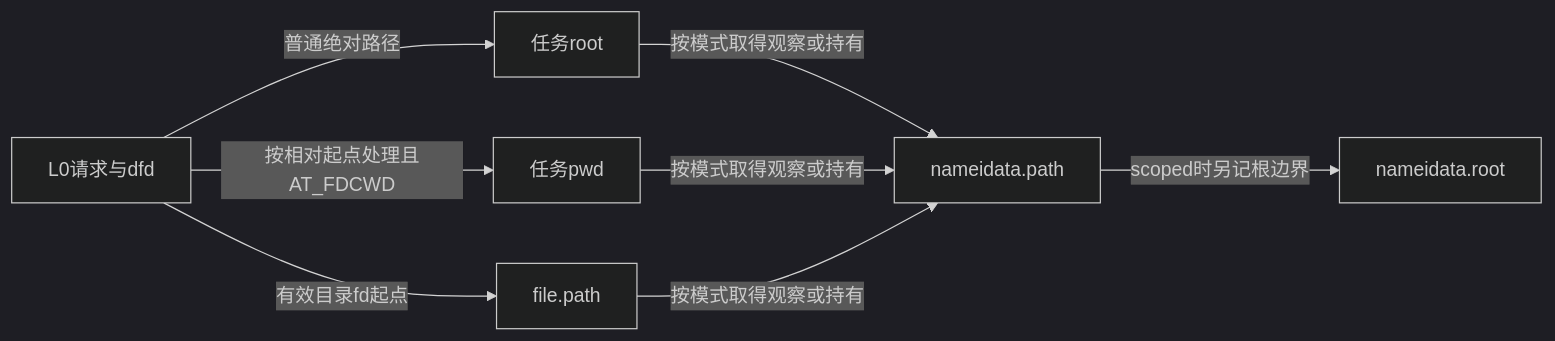
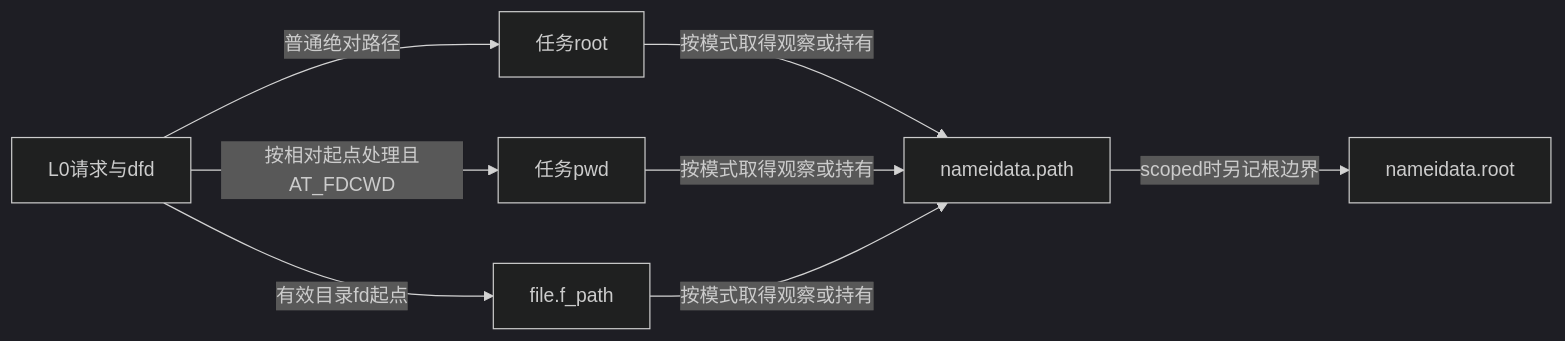
Before and after one commit to FormingSystem/linux_note: the second of 3 diagrams in research/source_reading/vfs/source_explanations/P13_路径起点与结果持有的交接.md, drawn with Mermaid (dark theme). The commit also changed other lines of this file and 5 other files, not shown here.

````diff
--- a/research/source_reading/vfs/source_explanations/P13_路径起点与结果持有的交接.md
+++ b/research/source_reading/vfs/source_explanations/P13_路径起点与结果持有的交接.md
@@ -211,10 +273,10 @@
 ```mermaid
 flowchart LR
     req["L0请求与dfd"] -->|"普通绝对路径"| root["任务root"]
     req -->|"按相对起点处理且AT_FDCWD"| pwd["任务pwd"]
-    req -->|"有效目录fd起点"| file["file.path"]
+    req -->|"有效目录fd起点"| file["file.f_path"]
     root -->|"按模式取得观察或持有"| nd["nameidata.path"]
     pwd -->|"按模式取得观察或持有"| nd
     file -->|"按模式取得观察或持有"| nd
     nd -->|"scoped时另记根边界"| bound["nameidata.root"]
 ```
````
